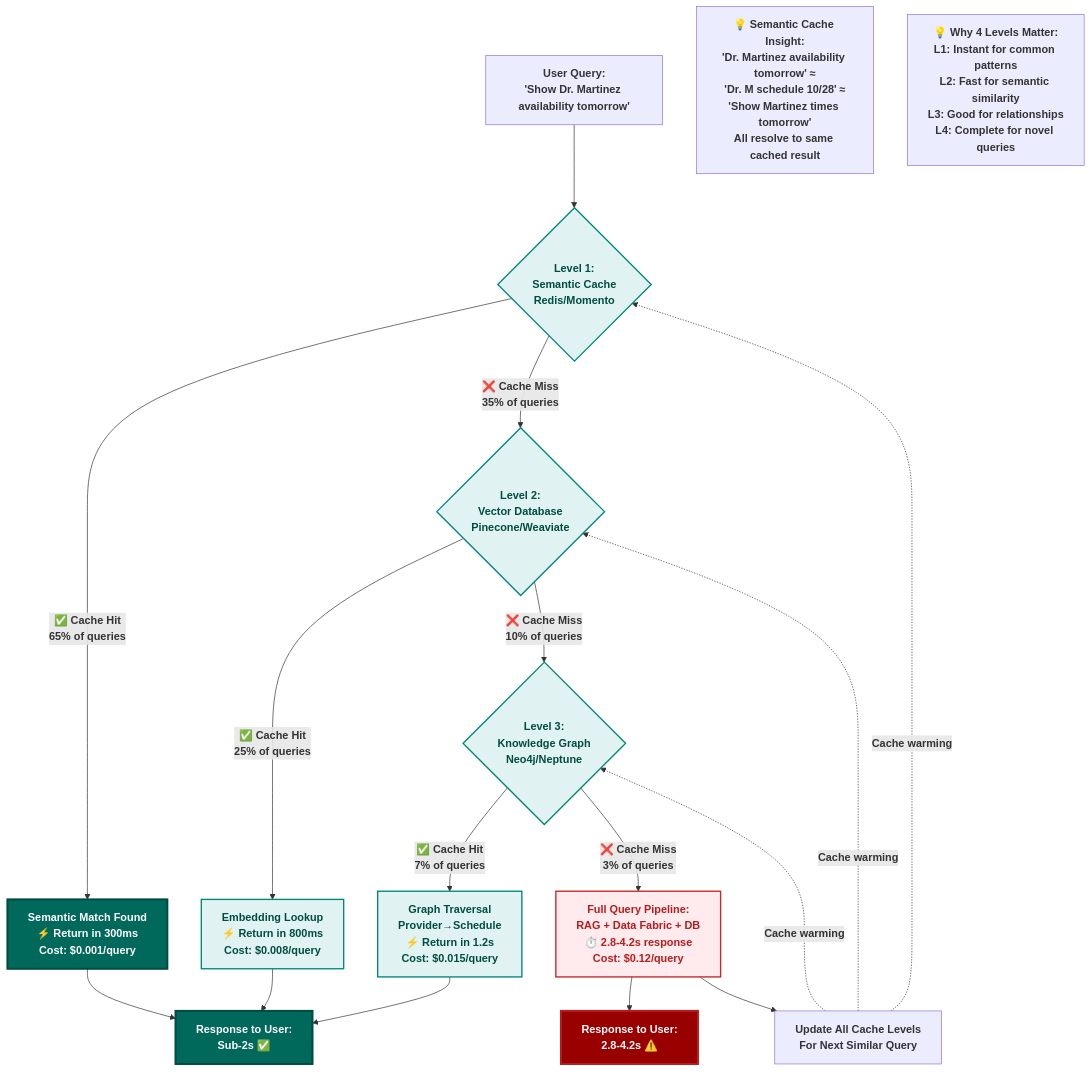
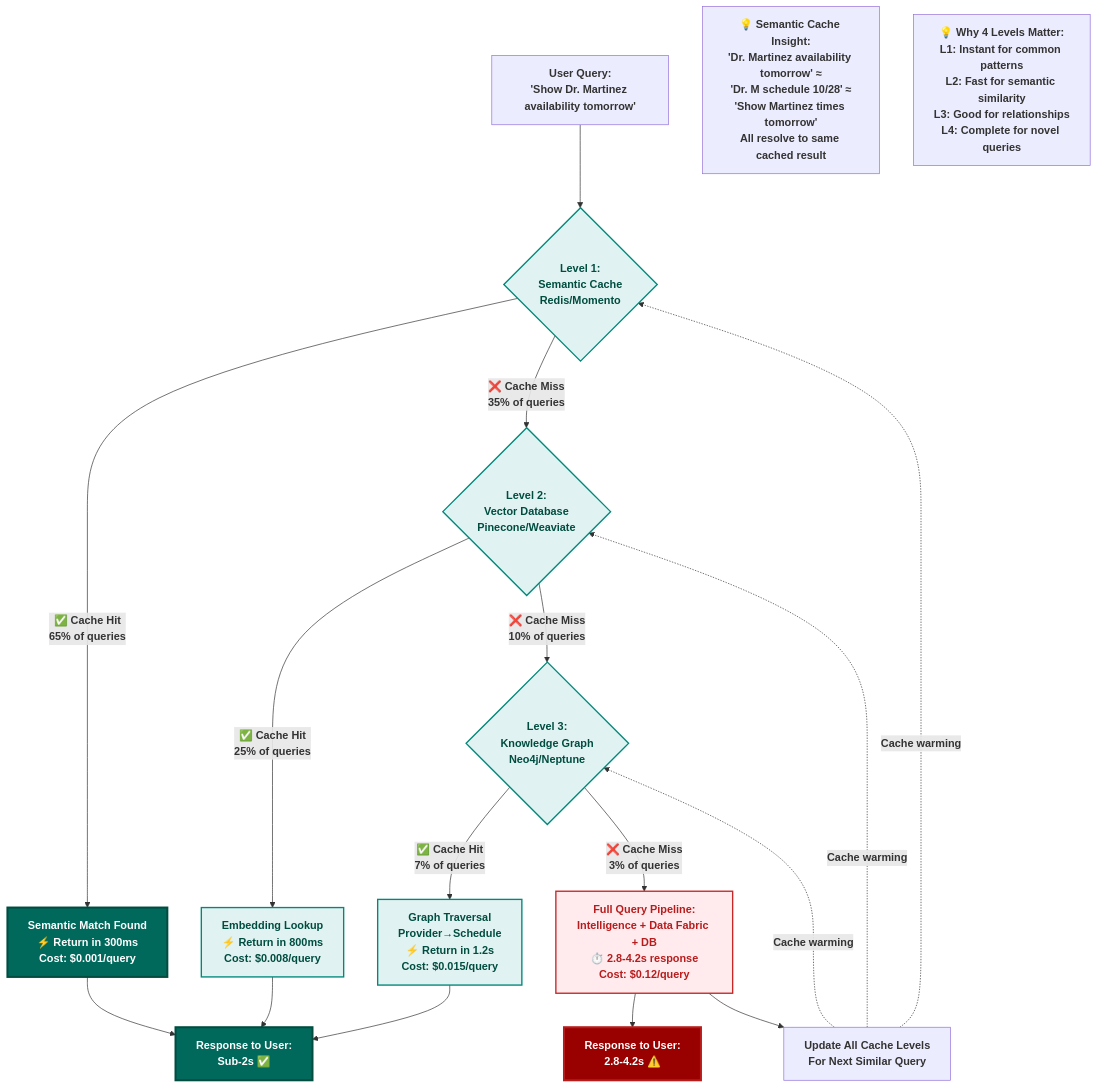
The fifth of 11 diagrams in chapter-02/chapter_2_complete.md (colaberry/enterprise-data-readiness-ai-agents), drawn with Mermaid before and after one commit. The commit also changed other lines of this file and 2 other files, not shown here.

First line of the commit message:
updated RAG to Intelligence

````diff
--- a/chapter-02/chapter_2_complete.md
+++ b/chapter-02/chapter_2_complete.md
@@ -642,44 +643,44 @@
 ```mermaid
 graph TD
     Q["<b>User Query:</b><br/><b>'Show Dr. Martinez availability tomorrow'</b>"]
     
     Q --> L1{"<b>Level 1:</b><br/><b>Semantic Cache</b><br/><b>Redis/Momento</b>"}
     
     L1 -->|<b>✅ Cache Hit</b><br/><b>65% of queries</b>| C1["<b>Semantic Match Found</b><br/><b>⚡ Return in 300ms</b><br/><b>Cost: $0.001/query</b>"]
     
     L1 -->|<b>❌ Cache Miss</b><br/><b>35% of queries</b>| L2{"<b>Level 2:</b><br/><b>Vector Database</b><br/><b>Pinecone/Weaviate</b>"}
     
     L2 -->|<b>✅ Cache Hit</b><br/><b>25% of queries</b>| C2["<b>Embedding Lookup</b><br/><b>⚡ Return in 800ms</b><br/><b>Cost: $0.008/query</b>"]
     
     L2 -->|<b>❌ Cache Miss</b><br/><b>10% of queries</b>| L3{"<b>Level 3:</b><br/><b>Knowledge Graph</b><br/><b>Neo4j/Neptune</b>"}
     
     L3 -->|<b>✅ Cache Hit</b><br/><b>7% of queries</b>| C3["<b>Graph Traversal</b><br/><b>Provider→Schedule</b><br/><b>⚡ Return in 1.2s</b><br/><b>Cost: $0.015/query</b>"]
     
-    L3 -->|<b>❌ Cache Miss</b><br/><b>3% of queries</b>| L4["<b>Full Query Pipeline:</b><br/><b>RAG + Data Fabric + DB</b><br/><b>⏱️ 2.8-4.2s response</b><br/><b>Cost: $0.12/query</b>"]
+    L3 -->|<b>❌ Cache Miss</b><br/><b>3% of queries</b>| L4["<b>Full Query Pipeline:</b><br/><b>Intelligence + Data Fabric + DB</b><br/><b>⏱️ 2.8-4.2s response</b><br/><b>Cost: $0.12/query</b>"]
     
     C1 --> R["<b>Response to User:</b><br/><b>Sub-2s ✅</b>"]
     C2 --> R
     C3 --> R
     L4 --> SLOW["<b>Response to User:</b><br/><b>2.8-4.2s ⚠️</b>"]
     
     L4 --> U["<b>Update All Cache Levels</b><br/><b>For Next Similar Query</b>"]
     
     U -.->|<b>Cache warming</b>| L1
     U -.->|<b>Cache warming</b>| L2
     U -.->|<b>Cache warming</b>| L3
     
     style C1 fill:#00695c,color:#ffffff,stroke:#004d40,stroke-width:3px
     style C2 fill:#e0f2f1,stroke:#00897b,stroke-width:2px,color:#004d40
     style C3 fill:#e0f2f1,stroke:#00897b,stroke-width:2px,color:#004d40
     style L4 fill:#ffebee,stroke:#c62828,stroke-width:2px,color:#b71c1c
     style R fill:#00695c,color:#ffffff,stroke:#004d40,stroke-width:3px
     style SLOW fill:#990000,color:#ffffff,stroke:#b71c1c,stroke-width:3px
     
     style L1 fill:#e0f2f1,stroke:#00897b,stroke-width:2px,color:#004d40
     style L2 fill:#e0f2f1,stroke:#00897b,stroke-width:2px,color:#004d40
     style L3 fill:#e0f2f1,stroke:#00897b,stroke-width:2px,color:#004d40
     
     Note1["<b>💡 Semantic Cache Insight:</b><br/><b>'Dr. Martinez availability tomorrow' ≈</b><br/><b>'Dr. M schedule 10/28' ≈</b><br/><b>'Show Martinez times tomorrow'</b><br/><b>All resolve to same cached result</b>"]
     
     Note2["<b>💡 Why 4 Levels Matter:</b><br/><b>L1: Instant for common patterns</b><br/><b>L2: Fast for semantic similarity</b><br/><b>L3: Good for relationships</b><br/><b>L4: Complete for novel queries</b>"]
 ```
````
